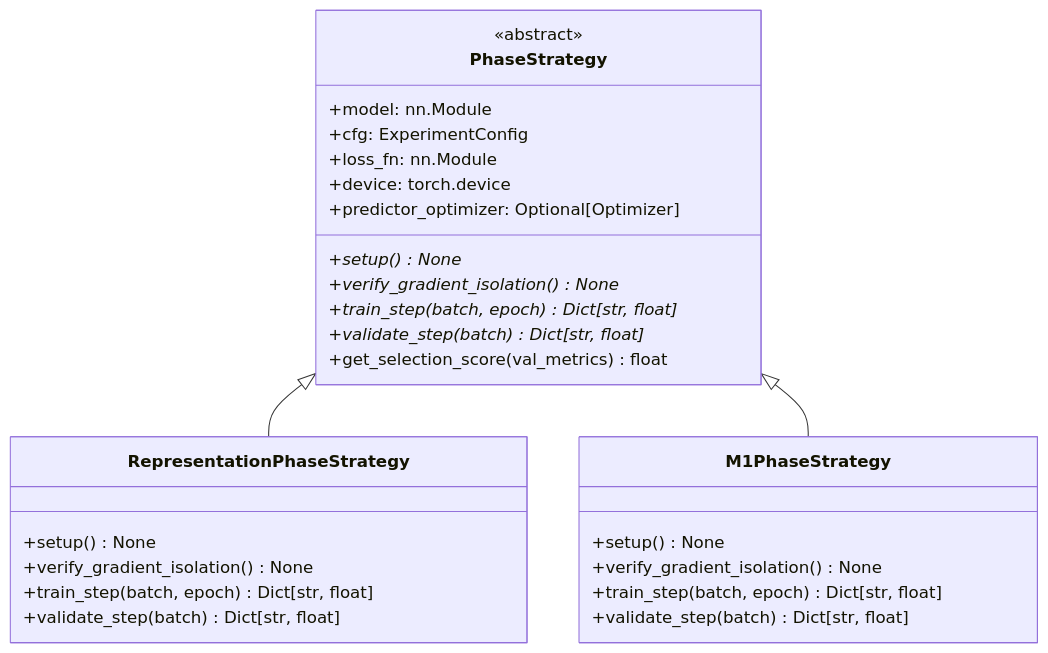
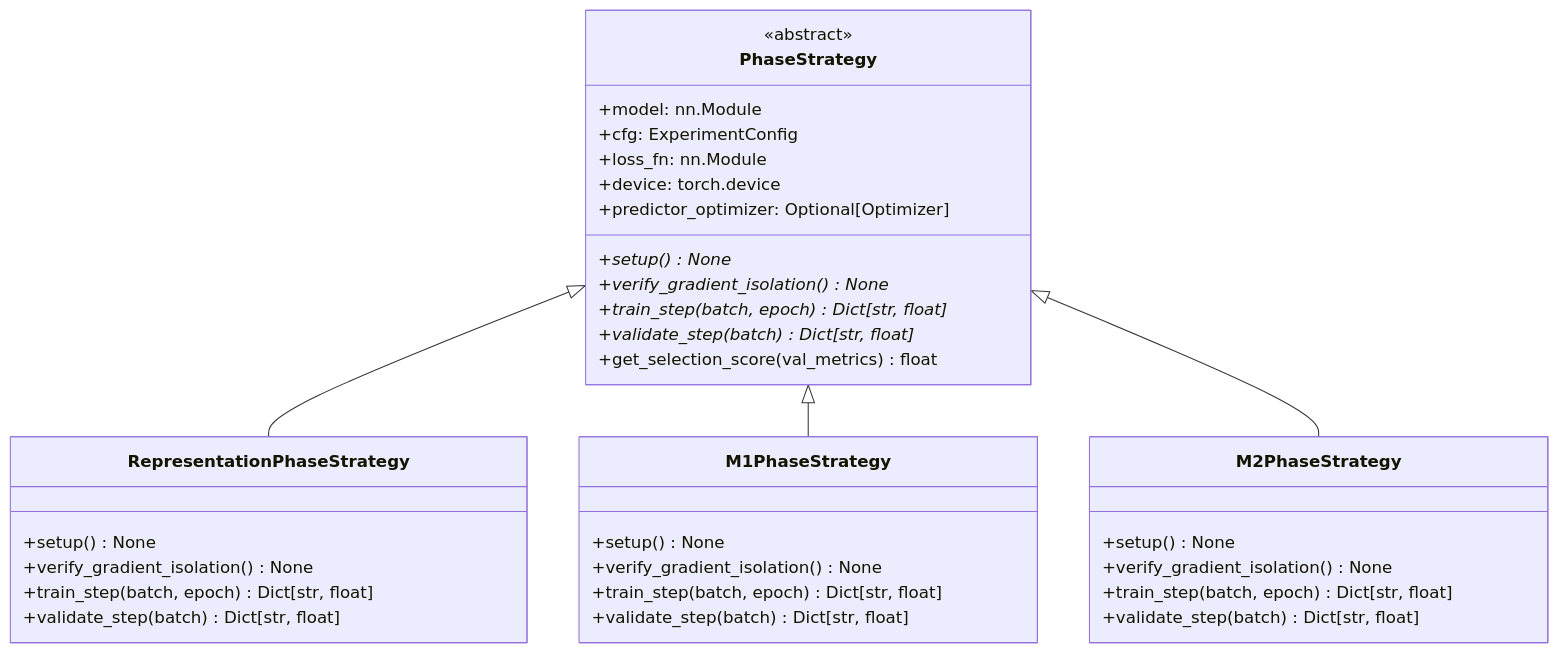
Before and after one commit to Mattia-Maiorano/Spiking-Neural_Novelty: the diagram in docs/TRAINING_AND_LOSSES.md, drawn with Mermaid. The commit also changed other lines of this file and 143 other files, not shown here.

````diff
--- a/docs/TRAINING_AND_LOSSES.md
+++ b/docs/TRAINING_AND_LOSSES.md
@@ -11,33 +11,41 @@
 ```mermaid
 classDiagram
     class PhaseStrategy {
         <<abstract>>
         +model: nn.Module
         +cfg: ExperimentConfig
         +loss_fn: nn.Module
         +device: torch.device
         +predictor_optimizer: Optional[Optimizer]
         +setup()* None
         +verify_gradient_isolation()* None
         +train_step(batch, epoch)* Dict[str, float]
         +validate_step(batch)* Dict[str, float]
         +get_selection_score(val_metrics) float
     }
 
     class RepresentationPhaseStrategy {
         +setup() None
         +verify_gradient_isolation() None
         +train_step(batch, epoch) Dict[str, float]
         +validate_step(batch) Dict[str, float]
     }
 
     class M1PhaseStrategy {
         +setup() None
         +verify_gradient_isolation() None
         +train_step(batch, epoch) Dict[str, float]
         +validate_step(batch) Dict[str, float]
     }
 
+    class M2PhaseStrategy {
+        +setup() None
+        +verify_gradient_isolation() None
+        +train_step(batch, epoch) Dict[str, float]
+        +validate_step(batch) Dict[str, float]
+    }
+
     PhaseStrategy <|-- RepresentationPhaseStrategy
     PhaseStrategy <|-- M1PhaseStrategy
+    PhaseStrategy <|-- M2PhaseStrategy
 ```
````
